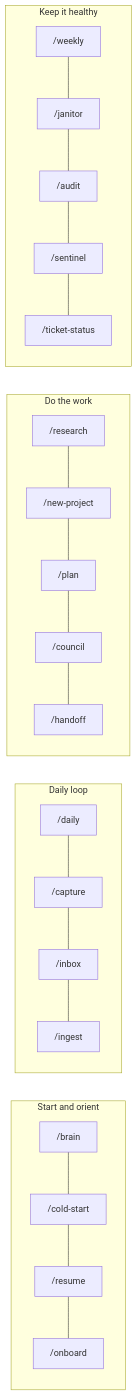
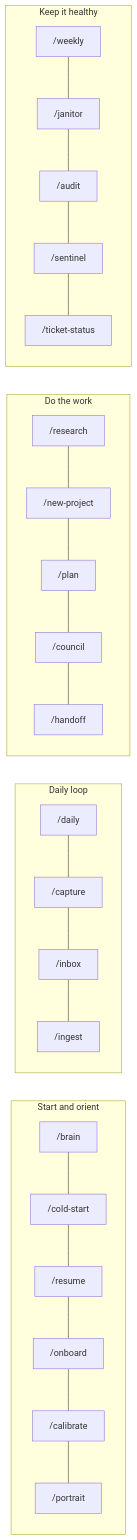
The diagram in docs/commands.md (konark20/second-brain-for-claude), drawn with Mermaid before and after one commit. The commit also changed other lines of this file and 34 other files, not shown here.

````diff
--- a/docs/commands.md
+++ b/docs/commands.md
@@ -7,15 +7,15 @@
 ```mermaid
 flowchart LR
     subgraph Start[Start and orient]
-        brain["/brain"] --- cold["/cold-start"] --- resume["/resume"] --- onboard["/onboard"]
+        brain["/brain"] --- cold["/cold-start"] --- resume["/resume"] --- onboard["/onboard"] --- calib["/calibrate"] --- portrait["/portrait"]
     end
     subgraph Daily[Daily loop]
         daily["/daily"] --- capture["/capture"] --- inbox["/inbox"] --- ingest["/ingest"]
     end
     subgraph Work[Do the work]
         research["/research"] --- newp["/new-project"] --- plan["/plan"] --- council["/council"] --- handoff["/handoff"]
     end
     subgraph Care[Keep it healthy]
         weekly["/weekly"] --- janitor["/janitor"] --- audit["/audit"] --- sentinel["/sentinel"] --- tickets["/ticket-status"]
     end
 ```
````
